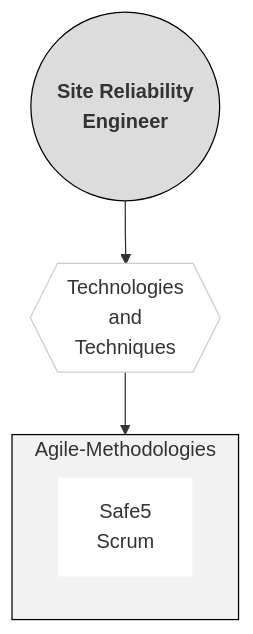
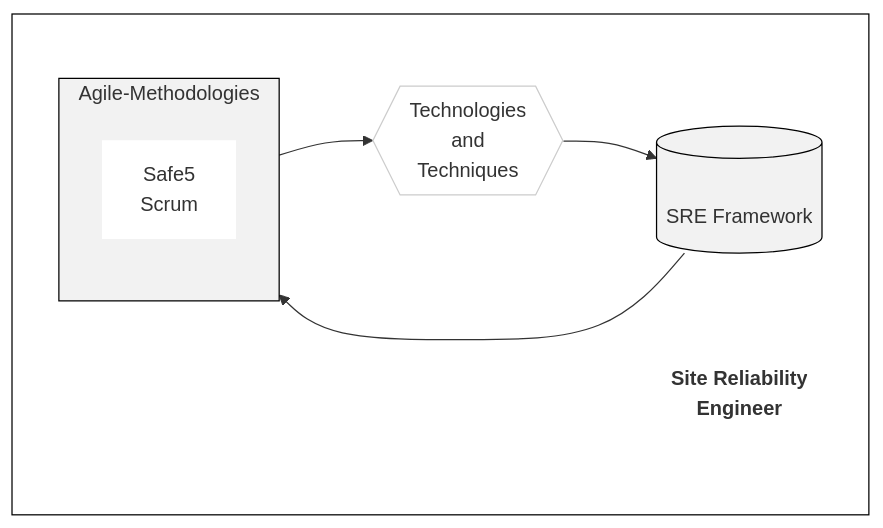
Before and after one commit to kjfigueroa/profile: the sixth of 7 diagrams in README.md, drawn with Mermaid. The commit also changed other lines of this file, not shown here.

````diff
--- a/README.md
+++ b/README.md
@@ -198,10 +200,12 @@
 ```mermaid
 flowchart TB
-sre((&nbsp;&nbsp;&nbsp;<b>Site Reliability</b>&nbsp;&nbsp;&nbsp;<br><b>Engineer</b>)); style sre fill:#dcdcdc,stroke:#000;
-tech{{Technologies<br>and<br>Techniques}}; style tech fill:#fff,stroke:#ccc;
-sre --> tech
-subgraph Agile-Methodologies; style Agile-Methodologies fill:#f2f2f2,stroke:#000;
-    amethod[Safe5<br>Scrum]; style amethod fill:#fff,stroke:#fff;
+subgraph sreengineer; style sreengineer color:#fff,fill:#fff,stroke:#000;
+    sre((<b>Site Reliability</b><br><b>Engineer</b>)); style sre fill:#fff,stroke:#fff;
+    tech{{Technologies<br>and<br>Techniques}}; style tech fill:#fff,stroke:#ccc;
+    sreall[(<br>SRE Framework<br>)];style sreall fill:#f2f2f2,stroke:#000;
+    subgraph Agile-Methodologies; style Agile-Methodologies fill:#f2f2f2,stroke:#000;
+        amethod[Safe5<br>Scrum]; style amethod fill:#fff,stroke:#fff;
+    end
 end
-tech --> Agile-Methodologies
+sreall --> Agile-Methodologies --> tech; tech --> sreall
 ```
````
